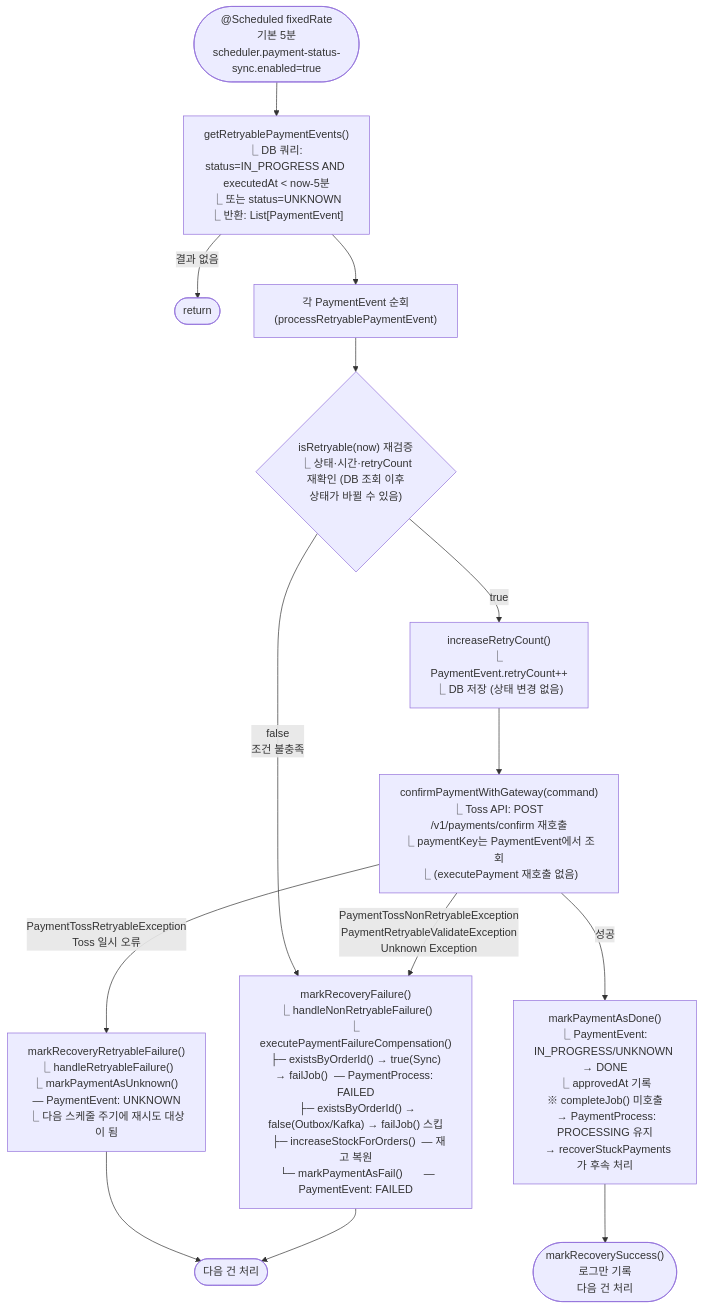
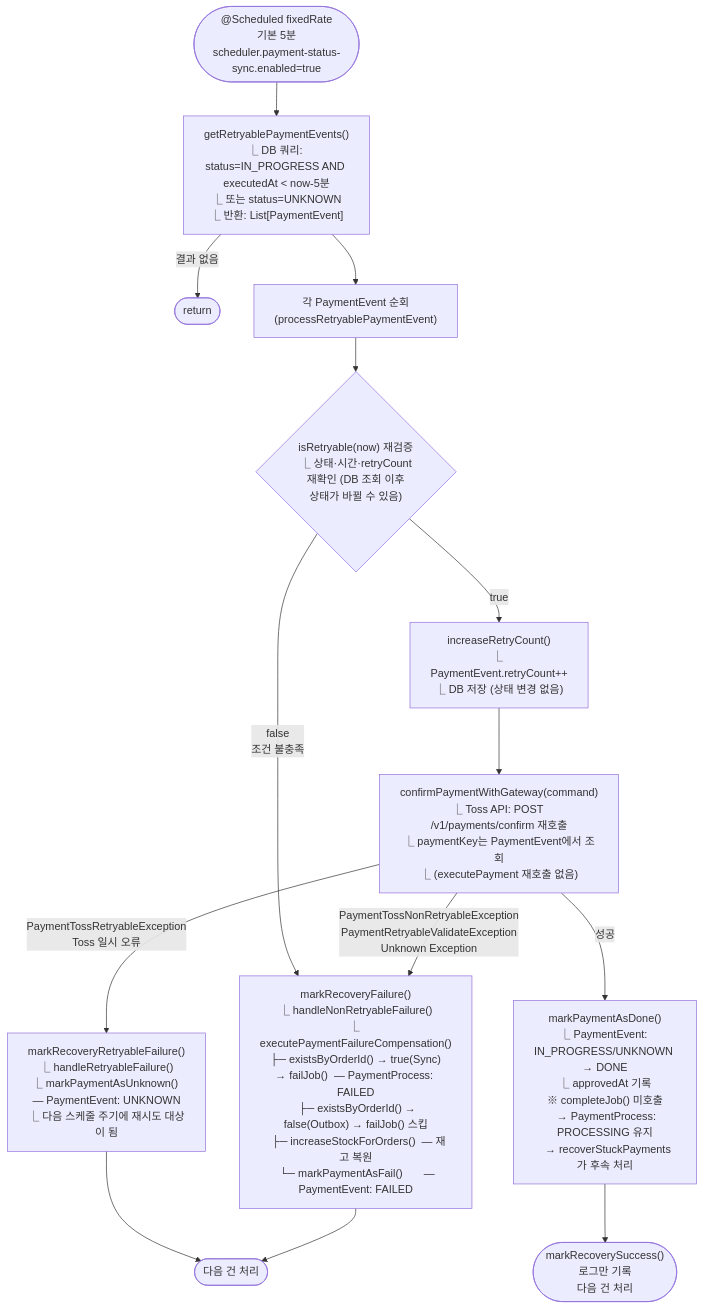
Before and after one commit to hyoguoo/payment-platform: the sixth of 8 diagrams in docs/context/CONFIRM-FLOW-FLOWCHART.md, drawn with Mermaid. The commit also changed other lines of this file and 2 other files, not shown here.

First line of the commit message:
docs: context 문서를 Outbox 즉시 처리 전략에 맞게 갱신

````diff
--- a/docs/context/CONFIRM-FLOW-FLOWCHART.md
+++ b/docs/context/CONFIRM-FLOW-FLOWCHART.md
@@ -285,33 +269,33 @@
 ```mermaid
 flowchart TD
     S(["@Scheduled fixedRate\n기본 5분\nscheduler.payment-status-sync.enabled=true"]) --> A
 
     A["getRetryablePaymentEvents()\n⎿ DB 쿼리: status=IN_PROGRESS AND executedAt < now-5분\n⎿ 또는 status=UNKNOWN\n⎿ 반환: List[PaymentEvent]"]
     A -->|"결과 없음"| SKIP([return])
     A --> LOOP
 
     LOOP["각 PaymentEvent 순회\n(processRetryablePaymentEvent)"]
     LOOP --> V
 
     V{"isRetryable(now) 재검증\n⎿ 상태·시간·retryCount\n  재확인 (DB 조회 이후\n  상태가 바뀔 수 있음)"}
     V -->|false\n조건 불충족| NR_COMMON
 
     V -->|true| R
     R["increaseRetryCount()\n⎿ PaymentEvent.retryCount++\n⎿ DB 저장 (상태 변경 없음)"]
     R --> F
 
     F["confirmPaymentWithGateway(command)\n⎿ Toss API: POST /v1/payments/confirm 재호출\n⎿ paymentKey는 PaymentEvent에서 조회\n⎿ (executePayment 재호출 없음)"]
 
     F -->|성공| F_OK
     F_OK["markPaymentAsDone()\n⎿ PaymentEvent: IN_PROGRESS/UNKNOWN → DONE\n⎿ approvedAt 기록\n※ completeJob() 미호출\n  → PaymentProcess: PROCESSING 유지\n  → recoverStuckPayments가 후속 처리"]
     F_OK --> SUCCESS(["markRecoverySuccess()\n로그만 기록\n다음 건 처리"])
 
     F -->|PaymentTossRetryableException\nToss 일시 오류| F_R
     F_R["markRecoveryRetryableFailure()\n⎿ handleRetryableFailure()\n⎿ markPaymentAsUnknown() — PaymentEvent: UNKNOWN\n⎿ 다음 스케줄 주기에 재시도 대상이 됨"]
     F_R --> NEXT([다음 건 처리])
 
     F -->|"PaymentTossNonRetryableException\nPaymentRetryableValidateException\nUnknown Exception"| NR_COMMON
 
-    NR_COMMON["markRecoveryFailure()\n⎿ handleNonRetryableFailure()\n⎿ executePaymentFailureCompensation()\n  ├─ existsByOrderId() → true(Sync)  → failJob()  — PaymentProcess: FAILED\n  ├─ existsByOrderId() → false(Outbox/Kafka) → failJob() 스킵\n  ├─ increaseStockForOrders()  — 재고 복원\n  └─ markPaymentAsFail()       — PaymentEvent: FAILED"]
+    NR_COMMON["markRecoveryFailure()\n⎿ handleNonRetryableFailure()\n⎿ executePaymentFailureCompensation()\n  ├─ existsByOrderId() → true(Sync)  → failJob()  — PaymentProcess: FAILED\n  ├─ existsByOrderId() → false(Outbox) → failJob() 스킵\n  ├─ increaseStockForOrders()  — 재고 복원\n  └─ markPaymentAsFail()       — PaymentEvent: FAILED"]
     NR_COMMON --> NEXT
 ```
````
